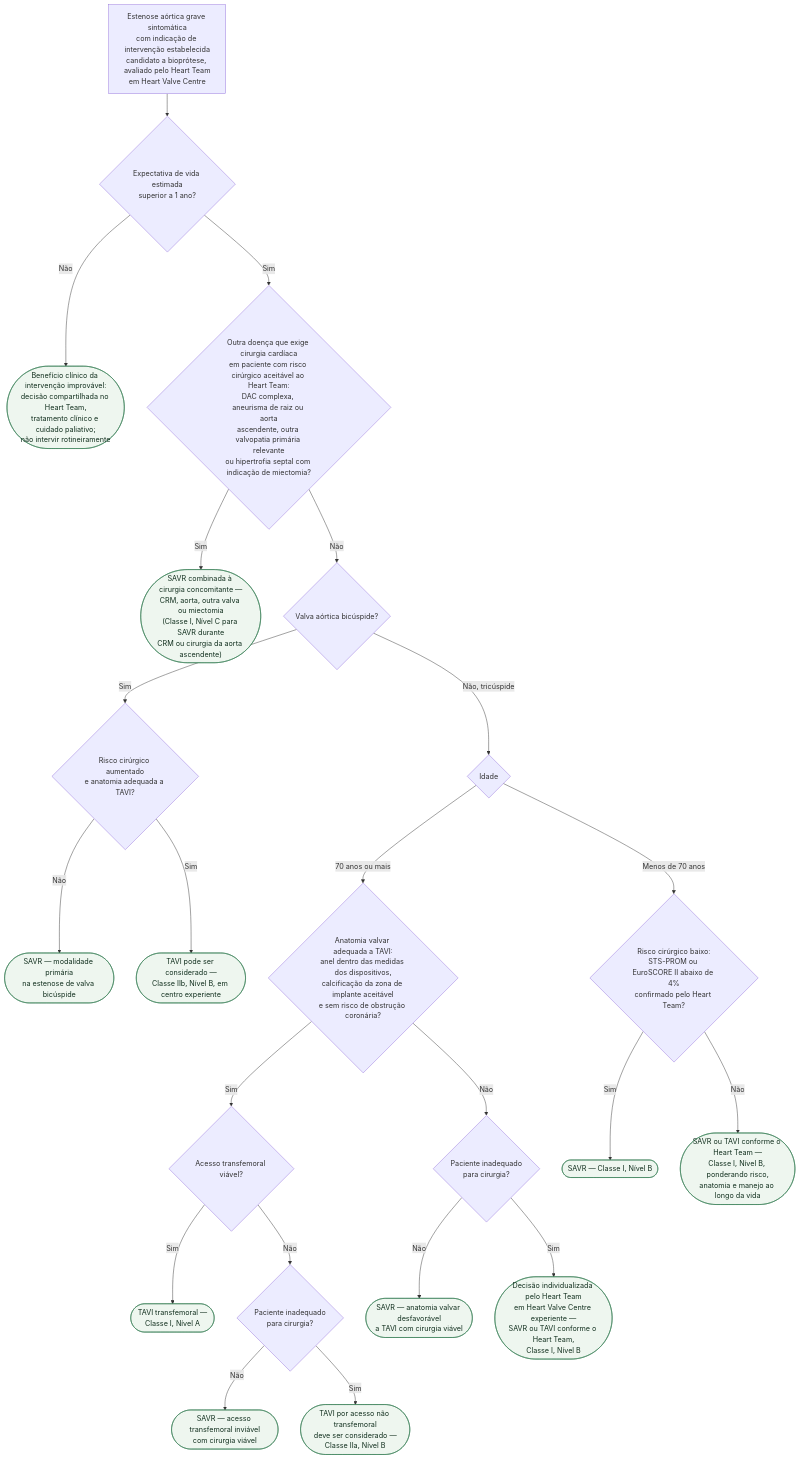
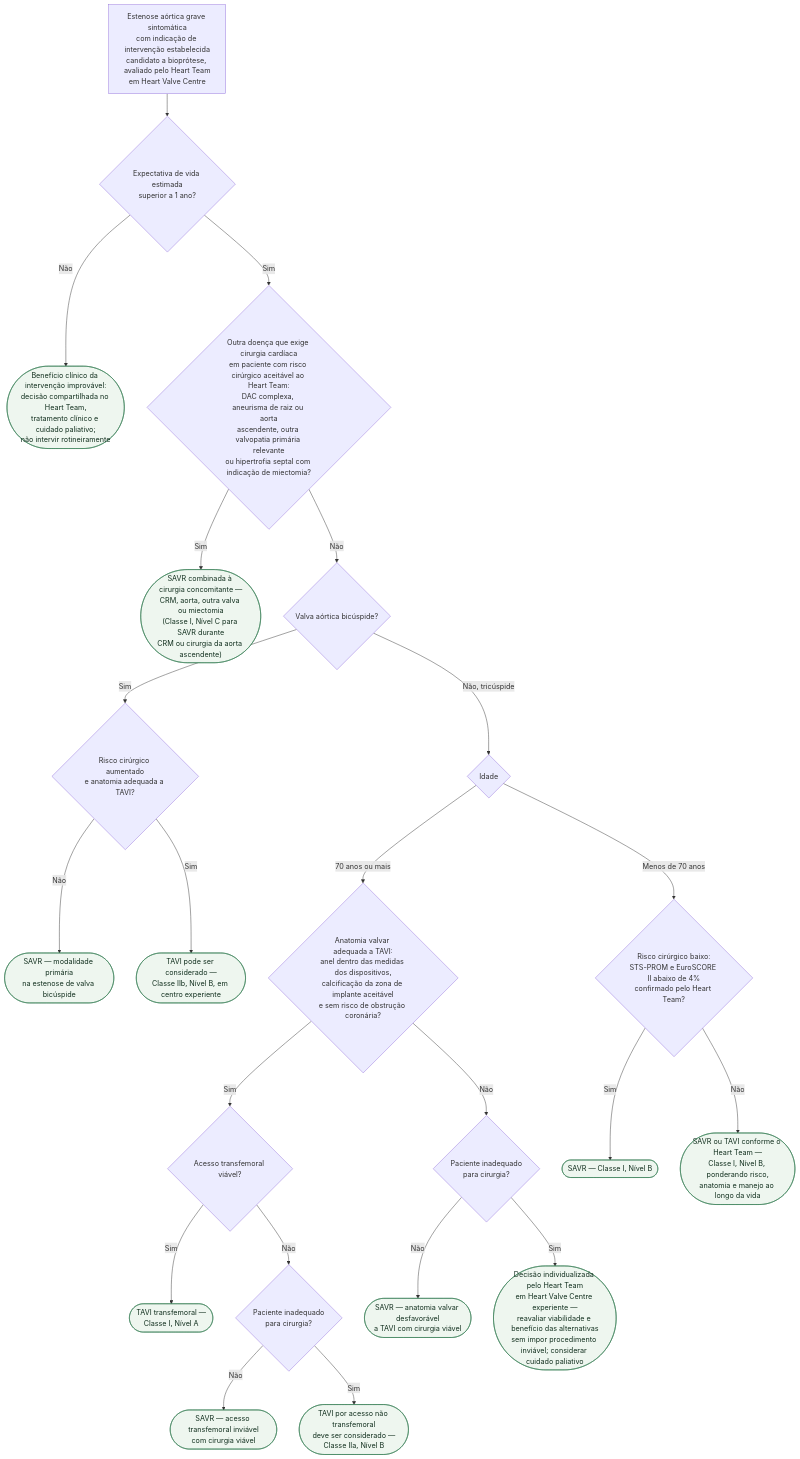
The diagram in content/Valvopatias/fluxograma-estenose-aortica-grave-sintomatica-tavi-vs-cirurgia-escolha-da-modalidade-esc-eacts-2025.md (rafaelpaesmeirelles/MeuCardio), drawn with Mermaid before and after one commit. The commit also changed other lines of this file and 4 other files, not shown here.

````diff
--- a/content/Valvopatias/fluxograma-estenose-aortica-grave-sintomatica-tavi-vs-cirurgia-escolha-da-modalidade-esc-eacts-2025.md
+++ b/content/Valvopatias/fluxograma-estenose-aortica-grave-sintomatica-tavi-vs-cirurgia-escolha-da-modalidade-esc-eacts-2025.md
@@ -20,50 +20,50 @@
 ```mermaid
 flowchart TD
   R0["Estenose aórtica grave sintomática<br/>com indicação de intervenção estabelecida<br/>candidato a bioprótese, avaliado pelo Heart Team<br/>em Heart Valve Centre"]
   D1{"Expectativa de vida estimada<br/>superior a 1 ano?"}
   C1(["Benefício clínico da intervenção improvável:<br/>decisão compartilhada no Heart Team,<br/>tratamento clínico e cuidado paliativo;<br/>não intervir rotineiramente"])
   D2{"Outra doença que exige cirurgia cardíaca<br/>em paciente com risco cirúrgico aceitável ao Heart Team:<br/>DAC complexa, aneurisma de raiz ou aorta<br/>ascendente, outra valvopatia primária relevante<br/>ou hipertrofia septal com indicação de miectomia?"}
   C2(["SAVR combinada à cirurgia concomitante —<br/>CRM, aorta, outra valva ou miectomia<br/>(Classe I, Nível C para SAVR durante<br/>CRM ou cirurgia da aorta ascendente)"])
   D3{"Valva aórtica bicúspide?"}
   D4{"Risco cirúrgico aumentado<br/>e anatomia adequada a TAVI?"}
   C3(["SAVR — modalidade primária<br/>na estenose de valva bicúspide"])
   C4(["TAVI pode ser considerado —<br/>Classe IIb, Nível B, em centro experiente"])
   D5{"Idade"}
   D6{"Anatomia valvar adequada a TAVI:<br/>anel dentro das medidas dos dispositivos,<br/>calcificação da zona de implante aceitável<br/>e sem risco de obstrução coronária?"}
   D6b{"Acesso transfemoral viável?"}
   C5(["TAVI transfemoral —<br/>Classe I, Nível A"])
   D7{"Paciente inadequado<br/>para cirurgia?"}
   C6(["SAVR — acesso transfemoral inviável<br/>com cirurgia viável"])
   C7(["TAVI por acesso não transfemoral<br/>deve ser considerado —<br/>Classe IIa, Nível B"])
   D7b{"Paciente inadequado<br/>para cirurgia?"}
   C10(["SAVR — anatomia valvar desfavorável<br/>a TAVI com cirurgia viável"])
-  C11(["Decisão individualizada pelo Heart Team<br/>em Heart Valve Centre experiente —<br/>SAVR ou TAVI conforme o Heart Team,<br/>Classe I, Nível B"])
-  D8{"Risco cirúrgico baixo:<br/>STS-PROM ou EuroSCORE II abaixo de 4%<br/>confirmado pelo Heart Team?"}
+  C11(["Decisão individualizada pelo Heart Team<br/>em Heart Valve Centre experiente —<br/>reavaliar viabilidade e benefício das alternativas<br/>sem impor procedimento inviável; considerar cuidado paliativo"])
+  D8{"Risco cirúrgico baixo:<br/>STS-PROM e EuroSCORE II abaixo de 4%<br/>confirmado pelo Heart Team?"}
   C8(["SAVR — Classe I, Nível B"])
   C9(["SAVR ou TAVI conforme o Heart Team —<br/>Classe I, Nível B, ponderando risco,<br/>anatomia e manejo ao longo da vida"])
 
   R0 --> D1
   D1 -->|"Não"| C1
   D1 -->|"Sim"| D2
   D2 -->|"Sim"| C2
   D2 -->|"Não"| D3
   D3 -->|"Sim"| D4
   D4 -->|"Não"| C3
   D4 -->|"Sim"| C4
   D3 -->|"Não, tricúspide"| D5
   D5 -->|"70 anos ou mais"| D6
   D6 -->|"Sim"| D6b
   D6b -->|"Sim"| C5
   D6b -->|"Não"| D7
   D7 -->|"Não"| C6
   D7 -->|"Sim"| C7
   D6 -->|"Não"| D7b
   D7b -->|"Não"| C10
   D7b -->|"Sim"| C11
   D5 -->|"Menos de 70 anos"| D8
   D8 -->|"Sim"| C8
   D8 -->|"Não"| C9
 
   classDef conduta fill:#eef6ef,stroke:#2f7a4f,color:#12301f;
   class C1,C2,C3,C4,C5,C6,C7,C8,C9,C10,C11 conduta;
 ```
````
